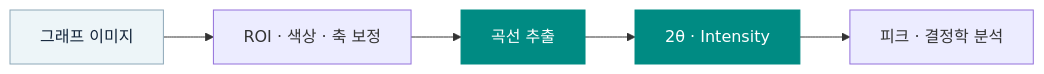
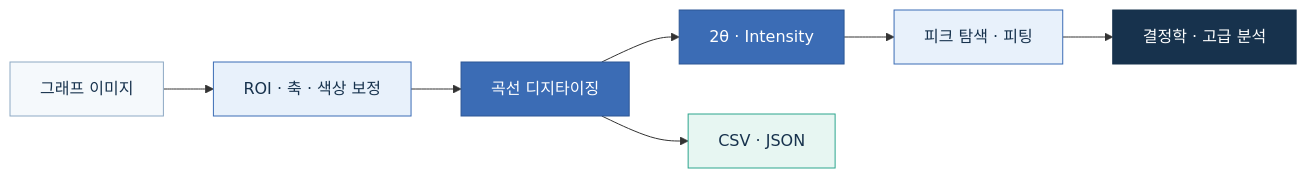
Before and after one commit to seopseopi/XRD_Studio: the first of 2 diagrams in README.md, drawn with Mermaid. The commit also changed other lines of this file and 14 other files, not shown here.

````diff
--- a/README.md
+++ b/README.md
@@ -35,10 +52,17 @@
 ```mermaid
 flowchart LR
-    A["그래프 이미지"] --> B["ROI · 색상 · 축 보정"]
-    B --> C["곡선 추출"]
+    A["그래프 이미지"] --> B["ROI · 축 · 색상 보정"]
+    B --> C["곡선 디지타이징"]
     C --> D["2θ · Intensity"]
-    D --> E["피크 · 결정학 분석"]
-    style A fill:#edf5f8,stroke:#8da8b8,color:#12243a
-    style C fill:#008b83,stroke:#008b83,color:#fff
-    style D fill:#008b83,stroke:#008b83,color:#fff
+    D --> E["피크 탐색 · 피팅"]
+    E --> F["결정학 · 고급 분석"]
+    C --> G["CSV · JSON"]
+
+    style A fill:#F5F9FC,stroke:#8DA9C4,color:#17324D
+    style B fill:#E8F1FB,stroke:#3B6CB5,color:#17324D
+    style C fill:#3B6CB5,stroke:#2D5795,color:#fff
+    style D fill:#3B6CB5,stroke:#2D5795,color:#fff
+    style E fill:#E8F1FB,stroke:#3B6CB5,color:#17324D
+    style F fill:#17324D,stroke:#17324D,color:#fff
+    style G fill:#E7F6F2,stroke:#2CA58D,color:#17324D
 ```
````
